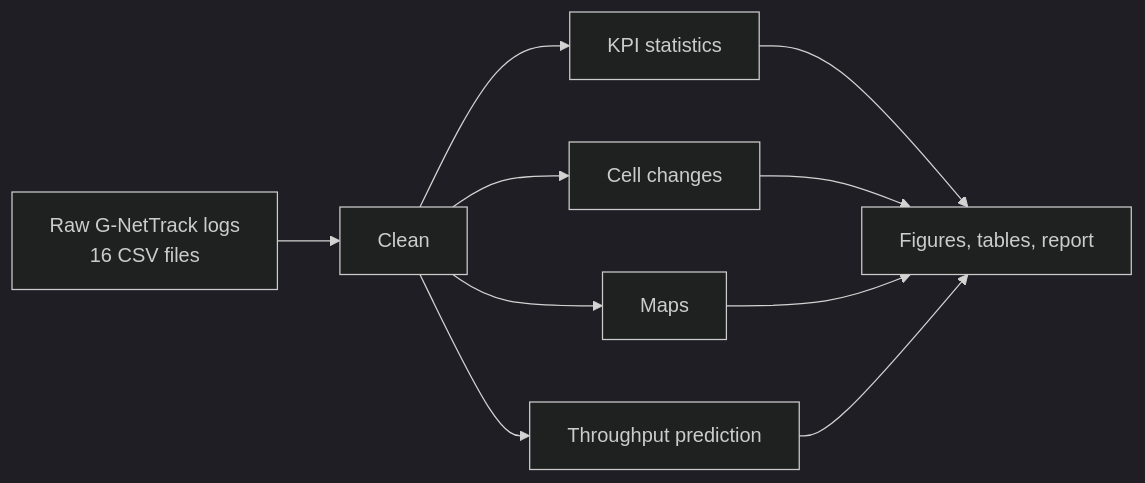
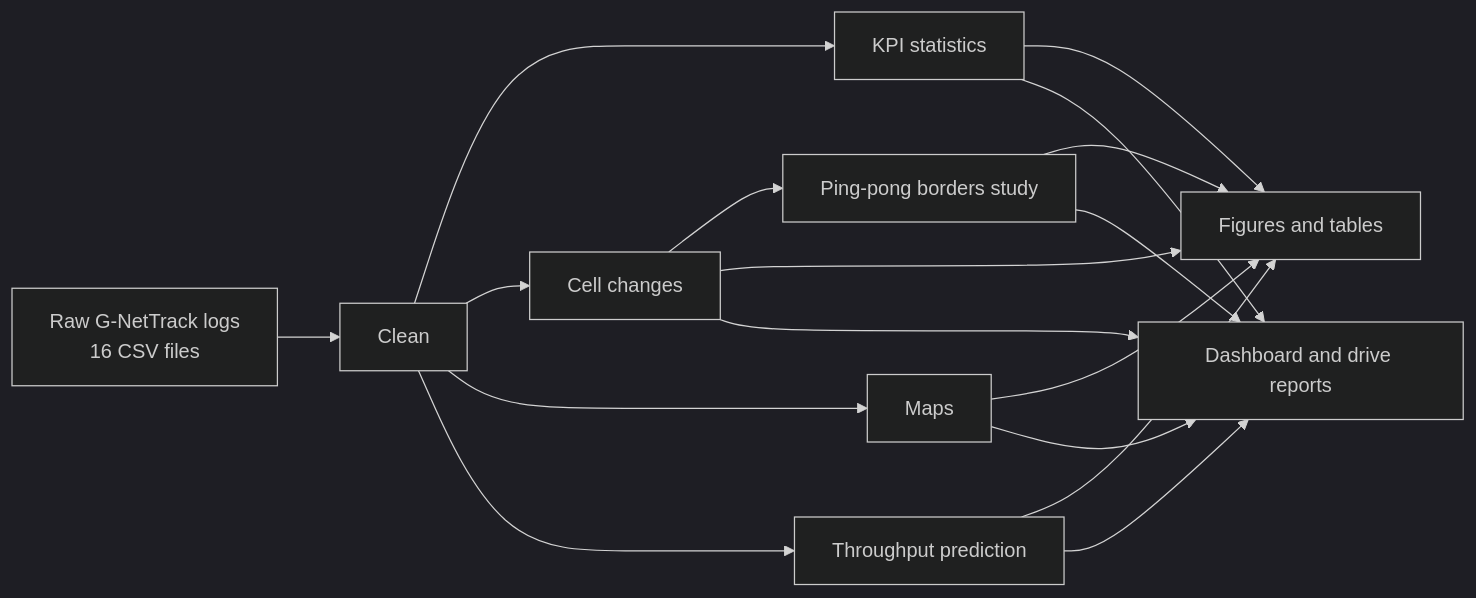
The diagram in README.md (Shaibu-github/5g-drive-test-kpi-analyzer), drawn with Mermaid (dark theme) before and after one commit. The commit also changed other lines of this file and 1 other file, not shown here.

Commit message:
Update the notebook and README with the borders study and the dashboard

````diff
--- a/README.md
+++ b/README.md
@@ -9,9 +14,11 @@
 ```mermaid
 flowchart LR
     A[Raw G-NetTrack logs<br>16 CSV files] --> B[Clean]
     B --> C[KPI statistics]
     B --> D[Cell changes]
+    D --> T[Ping-pong borders study]
     B --> E[Maps]
     B --> F[Throughput prediction]
-    C & D & E & F --> G[Figures, tables, report]
+    C & D & T & E & F --> G[Figures and tables]
+    C & D & T & E & F --> H[Dashboard and drive reports]
 ```
````
